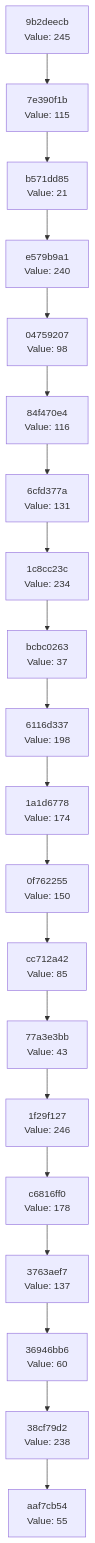
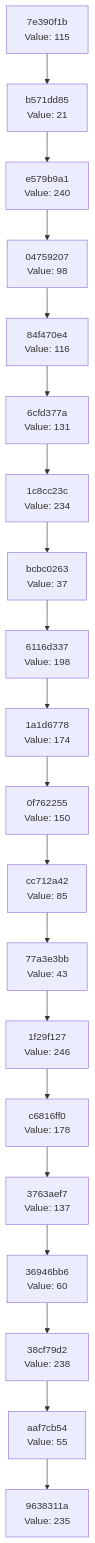
One commit to Abhisheksinha1506/hash-chain-evolver changed the diagram in docs/CHAIN_VISUALIZATION.md. Above: the diagram before and after it, drawn with Mermaid. The commit also changed 1 other file, not shown here.

Commit message:
Evolution step: hash 0xEB → action executed

````diff
--- a/docs/CHAIN_VISUALIZATION.md
+++ b/docs/CHAIN_VISUALIZATION.md
@@ -3,42 +3,42 @@
 ```mermaid
 graph TD
-    C0["aaf7cb54<br/>Value: 55"]
-    C1["38cf79d2<br/>Value: 238"]
+    C0["9638311a<br/>Value: 235"]
+    C1["aaf7cb54<br/>Value: 55"]
     C1 --> C0
-    C2["36946bb6<br/>Value: 60"]
+    C2["38cf79d2<br/>Value: 238"]
     C2 --> C1
-    C3["3763aef7<br/>Value: 137"]
+    C3["36946bb6<br/>Value: 60"]
     C3 --> C2
-    C4["c6816ff0<br/>Value: 178"]
+    C4["3763aef7<br/>Value: 137"]
     C4 --> C3
-    C5["1f29f127<br/>Value: 246"]
+    C5["c6816ff0<br/>Value: 178"]
     C5 --> C4
-    C6["77a3e3bb<br/>Value: 43"]
+    C6["1f29f127<br/>Value: 246"]
     C6 --> C5
-    C7["cc712a42<br/>Value: 85"]
+    C7["77a3e3bb<br/>Value: 43"]
     C7 --> C6
-    C8["0f762255<br/>Value: 150"]
+    C8["cc712a42<br/>Value: 85"]
     C8 --> C7
-    C9["1a1d6778<br/>Value: 174"]
+    C9["0f762255<br/>Value: 150"]
     C9 --> C8
-    C10["6116d337<br/>Value: 198"]
+    C10["1a1d6778<br/>Value: 174"]
     C10 --> C9
-    C11["bcbc0263<br/>Value: 37"]
+    C11["6116d337<br/>Value: 198"]
     C11 --> C10
-    C12["1c8cc23c<br/>Value: 234"]
+    C12["bcbc0263<br/>Value: 37"]
     C12 --> C11
-    C13["6cfd377a<br/>Value: 131"]
+    C13["1c8cc23c<br/>Value: 234"]
     C13 --> C12
-    C14["84f470e4<br/>Value: 116"]
+    C14["6cfd377a<br/>Value: 131"]
     C14 --> C13
-    C15["04759207<br/>Value: 98"]
+    C15["84f470e4<br/>Value: 116"]
     C15 --> C14
-    C16["e579b9a1<br/>Value: 240"]
+    C16["04759207<br/>Value: 98"]
     C16 --> C15
-    C17["b571dd85<br/>Value: 21"]
+    C17["e579b9a1<br/>Value: 240"]
     C17 --> C16
-    C18["7e390f1b<br/>Value: 115"]
+    C18["b571dd85<br/>Value: 21"]
     C18 --> C17
-    C19["9b2deecb<br/>Value: 245"]
+    C19["7e390f1b<br/>Value: 115"]
     C19 --> C18
 ```
````
